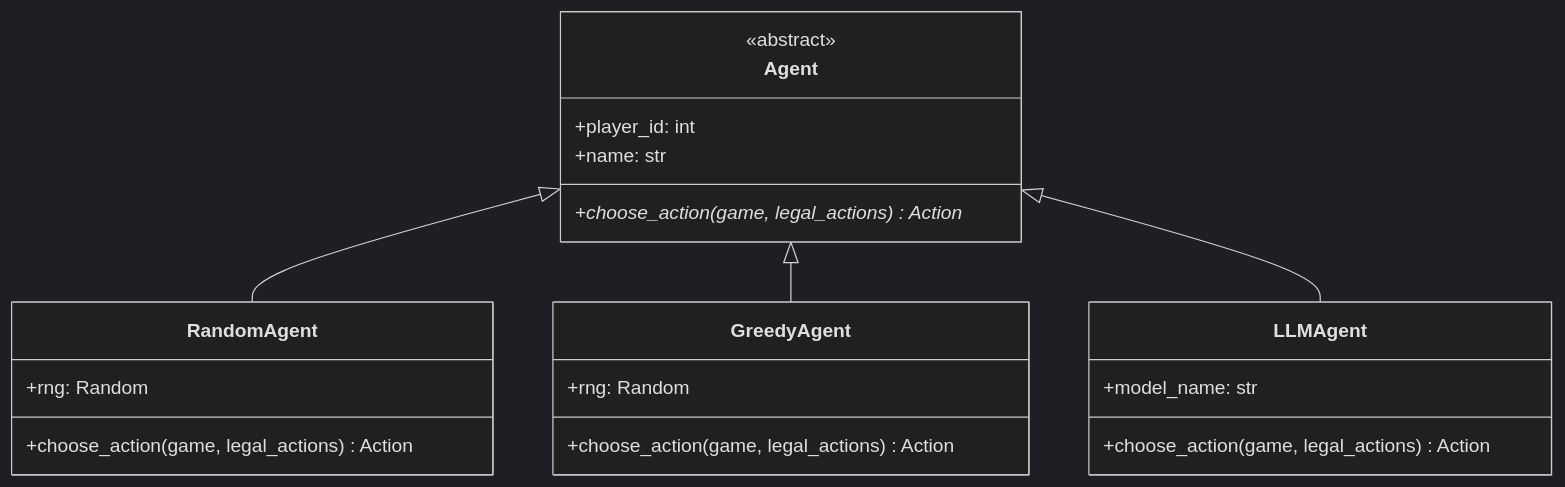
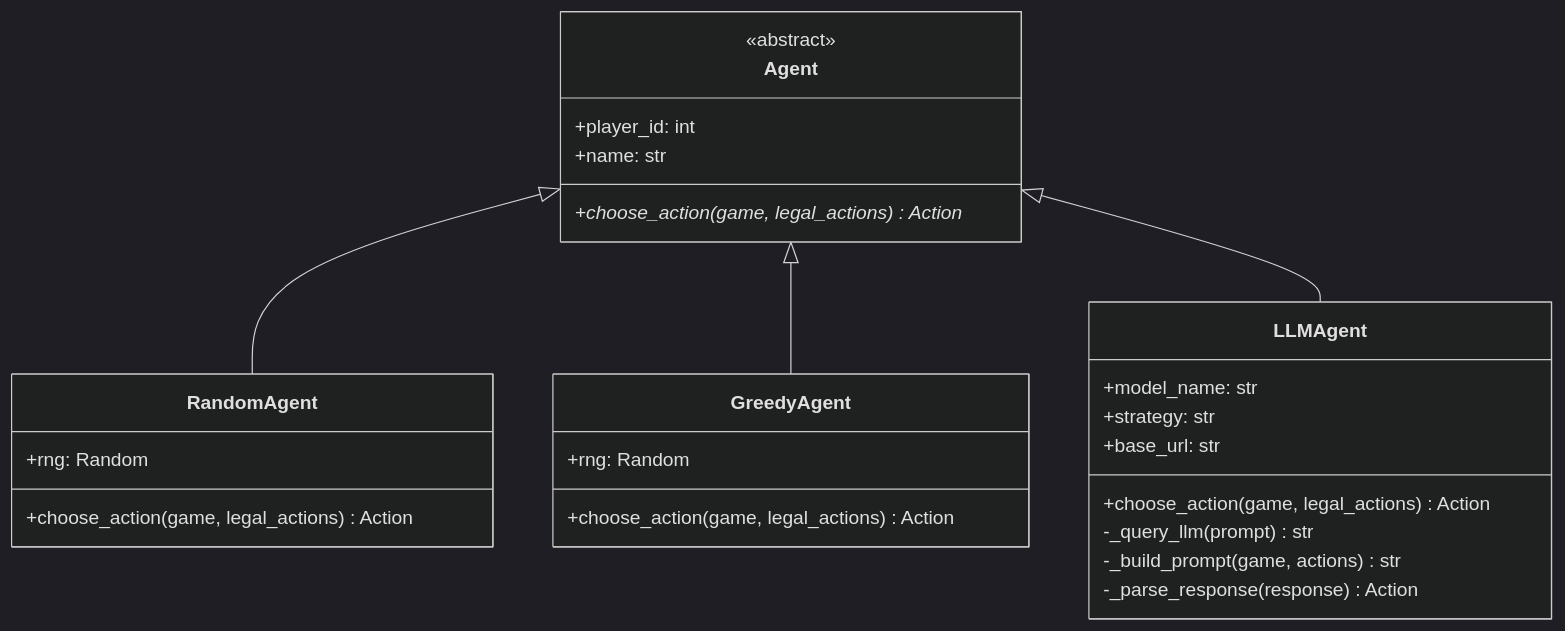
Before and after one commit to MalarzDawid/monopoly_game_arena: the first of 2 diagrams in docs/agents/index.md, drawn with Mermaid (dark theme). The commit also changed other lines of this file and 4 other files, not shown here.

````diff
--- a/docs/agents/index.md
+++ b/docs/agents/index.md
@@ -15,28 +15,33 @@
 ```mermaid
 classDiagram
     class Agent {
         <<abstract>>
         +player_id: int
         +name: str
         +choose_action(game, legal_actions)* Action
     }
 
     class RandomAgent {
         +rng: Random
         +choose_action(game, legal_actions) Action
     }
 
     class GreedyAgent {
         +rng: Random
         +choose_action(game, legal_actions) Action
     }
 
     class LLMAgent {
         +model_name: str
+        +strategy: str
+        +base_url: str
         +choose_action(game, legal_actions) Action
+        -_query_llm(prompt) str
+        -_build_prompt(game, actions) str
+        -_parse_response(response) Action
     }
 
     Agent <|-- RandomAgent
     Agent <|-- GreedyAgent
     Agent <|-- LLMAgent
 ```
````
